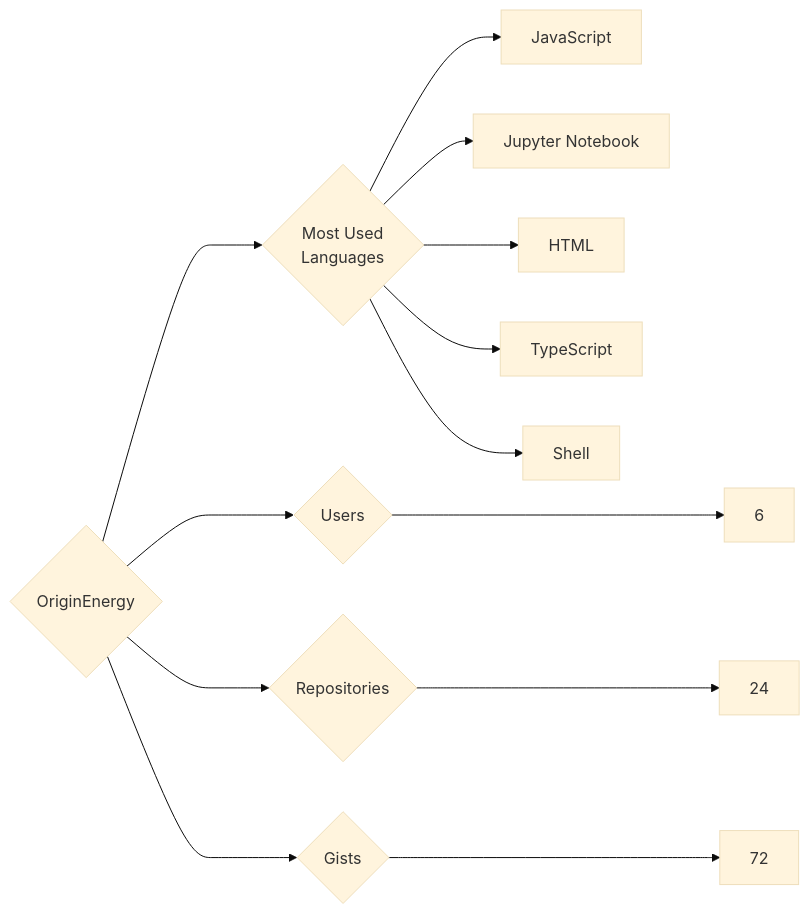
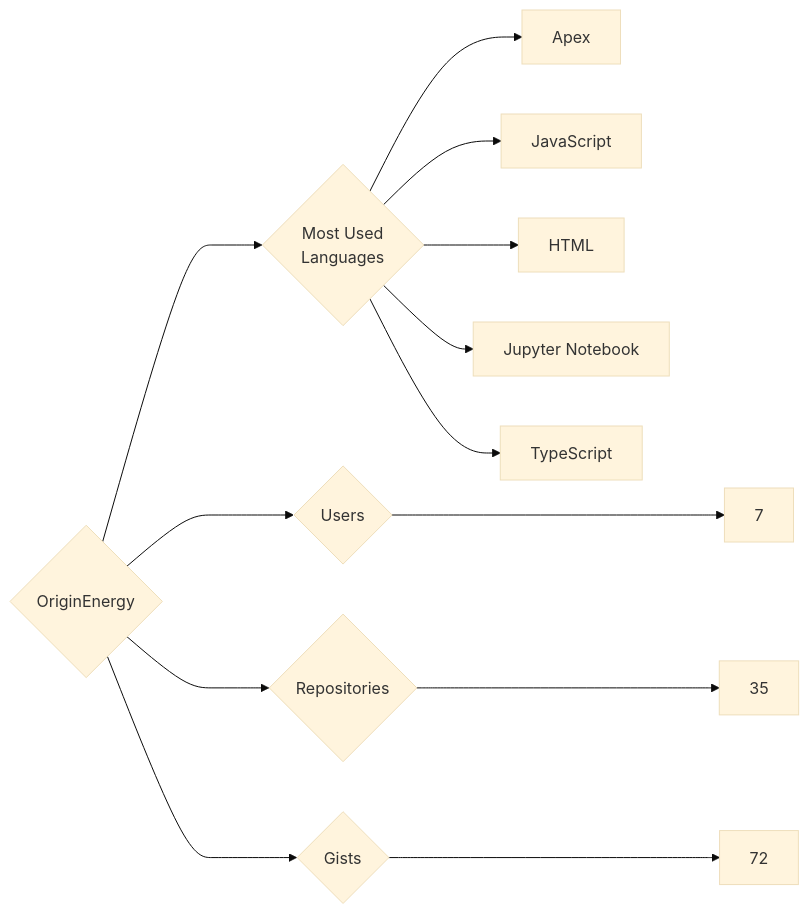
The diagram in targets/OriginEnergy/README.md (trickest/insiders), drawn with Mermaid (base theme) before and after one commit. The commit also changed 1496 other files, not shown here.

````diff
--- a/targets/OriginEnergy/README.md
+++ b/targets/OriginEnergy/README.md
@@ -3,13 +3,13 @@
 ```mermaid
 graph LR
 COMPANY_NAME{OriginEnergy}
-COMPANY_NAME ---> U{Users} ---> UN[6]
-COMPANY_NAME ---> R{Repositories} ---> RN[24]
+COMPANY_NAME ---> U{Users} ---> UN[7]
+COMPANY_NAME ---> R{Repositories} ---> RN[35]
 COMPANY_NAME ---> G{Gists} ---> GN[72]
 COMPANY_NAME ---> ML{Most Used<br>Languages}
+ML --> Apex[Apex]
 ML --> JavaScript[JavaScript]
+ML --> HTML[HTML]
 ML --> Jupyter_Notebook[Jupyter Notebook]
-ML --> HTML[HTML]
 ML --> TypeScript[TypeScript]
-ML --> Shell[Shell]
 ```
````
